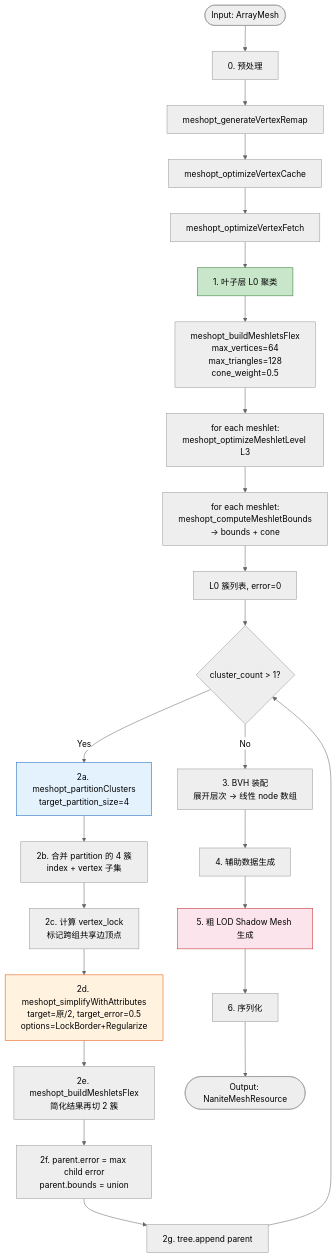
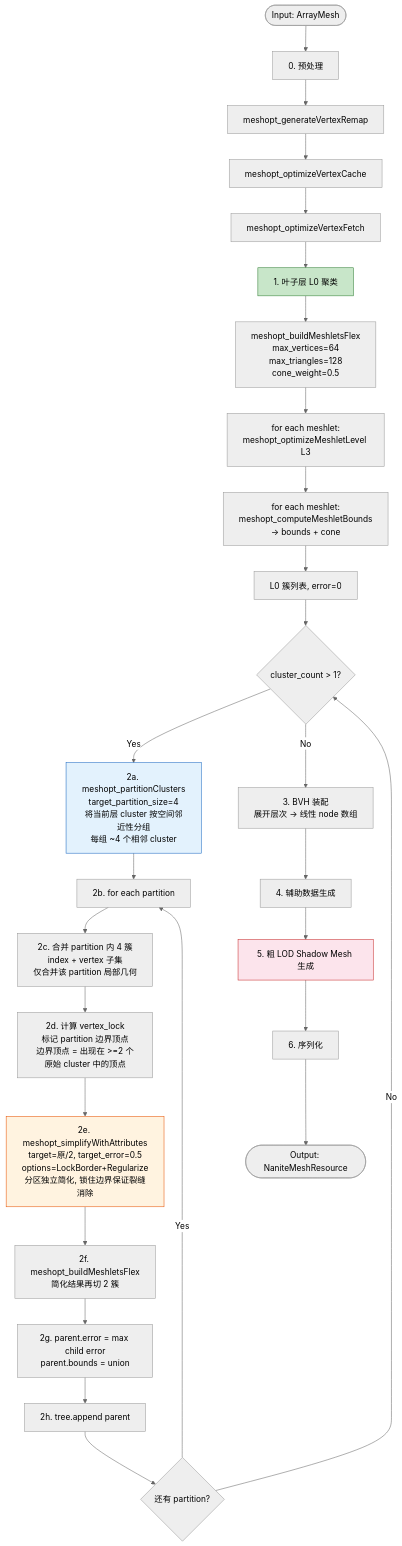
One commit to alonecat06/godot changed the eighth of 19 diagrams in nanite_doc/nanite-overall-design.md. Above: the diagram before and after it, drawn with Mermaid (neutral theme). The commit also changed other lines of this file and 1 other file, not shown here.

````diff
--- a/nanite_doc/nanite-overall-design.md
+++ b/nanite_doc/nanite-overall-design.md
@@ -1096,34 +1100,37 @@
 ```mermaid
 flowchart TD
     Start([Input: ArrayMesh]) --> Pre[0. 预处理]
     Pre --> Pre1[meshopt_generateVertexRemap]
     Pre1 --> Pre2[meshopt_optimizeVertexCache]
     Pre2 --> Pre3[meshopt_optimizeVertexFetch]
     Pre3 --> L0[1. 叶子层 L0 聚类]
 
     L0 --> L0a[meshopt_buildMeshletsFlex<br/>max_vertices=64<br/>max_triangles=128<br/>cone_weight=0.5]
     L0a --> L0b[for each meshlet:<br/>meshopt_optimizeMeshletLevel L3]
     L0b --> L0c[for each meshlet:<br/>meshopt_computeMeshletBounds<br/>→ bounds + cone]
     L0c --> L0d[L0 簇列表, error=0]
 
     L0d --> Loop{cluster_count > 1?}
-    Loop -- Yes --> Part[2a. meshopt_partitionClusters<br/>target_partition_size=4]
-    Part --> Merge[2b. 合并 partition 的 4 簇<br/>index + vertex 子集]
-    Merge --> Lock[2c. 计算 vertex_lock<br/>标记跨组共享边顶点]
-    Lock --> Simp[2d. meshopt_simplifyWithAttributes<br/>target=原/2, target_error=0.5<br/>options=LockBorder+Regularize]
-    Simp --> Recluster[2e. meshopt_buildMeshletsFlex<br/>简化结果再切 2 簇]
-    Recluster --> Bounds2[2f. parent.error = max child error<br/>parent.bounds = union]
-    Bounds2 --> Append[2g. tree.append parent]
-    Append --> Loop
+    Loop -- Yes --> Part[2a. meshopt_partitionClusters<br/>target_partition_size=4<br/>将当前层 cluster 按空间邻近性分组<br/>每组 ~4 个相邻 cluster]
+    Part --> ForEach[2b. for each partition]
+    ForEach --> Merge[2c. 合并 partition 内 4 簇<br/>index + vertex 子集<br/>仅合并该 partition 局部几何]
+    Merge --> Lock[2d. 计算 vertex_lock<br/>标记 partition 边界顶点<br/>边界顶点 = 出现在 >=2 个原始 cluster 中的顶点]
+    Lock --> Simp[2e. meshopt_simplifyWithAttributes<br/>target=原/2, target_error=0.5<br/>options=LockBorder+Regularize<br/>分区独立简化, 锁住边界保证裂缝消除]
+    Simp --> Recluster[2f. meshopt_buildMeshletsFlex<br/>简化结果再切 2 簇]
+    Recluster --> Bounds2[2g. parent.error = max child error<br/>parent.bounds = union]
+    Bounds2 --> Append[2h. tree.append parent]
+    Append --> NextPart{还有 partition?}
+    NextPart -- Yes --> ForEach
+    NextPart -- No --> Loop
 
     Loop -- No --> BVH[3. BVH 装配<br/>展开层次 → 线性 node 数组]
     BVH --> Aux[4. 辅助数据生成]
     Aux --> Shadow[5. 粗 LOD Shadow Mesh 生成]
     Shadow --> Ser[6. 序列化]
     Ser --> Out([Output: NaniteMeshResource])
 
     style L0 fill:#c8e6c9,stroke:#2e7d32
     style Part fill:#e3f2fd,stroke:#1565c0
     style Simp fill:#fff3e0,stroke:#e65100
     style Shadow fill:#fce4ec,stroke:#c62828
 ```
````
